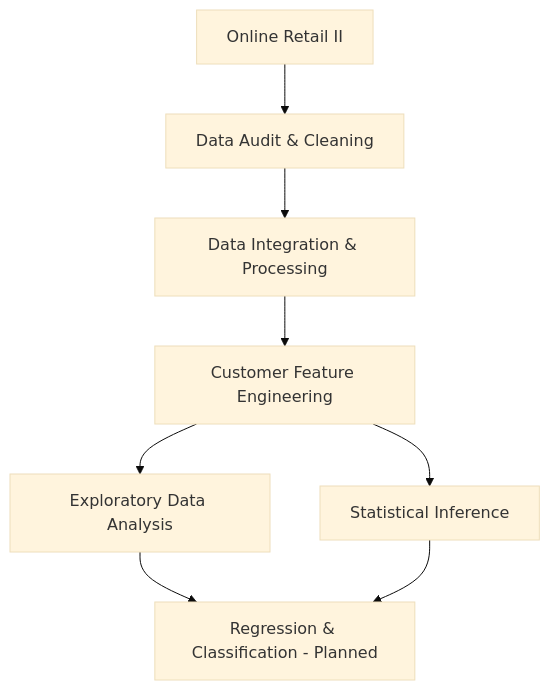
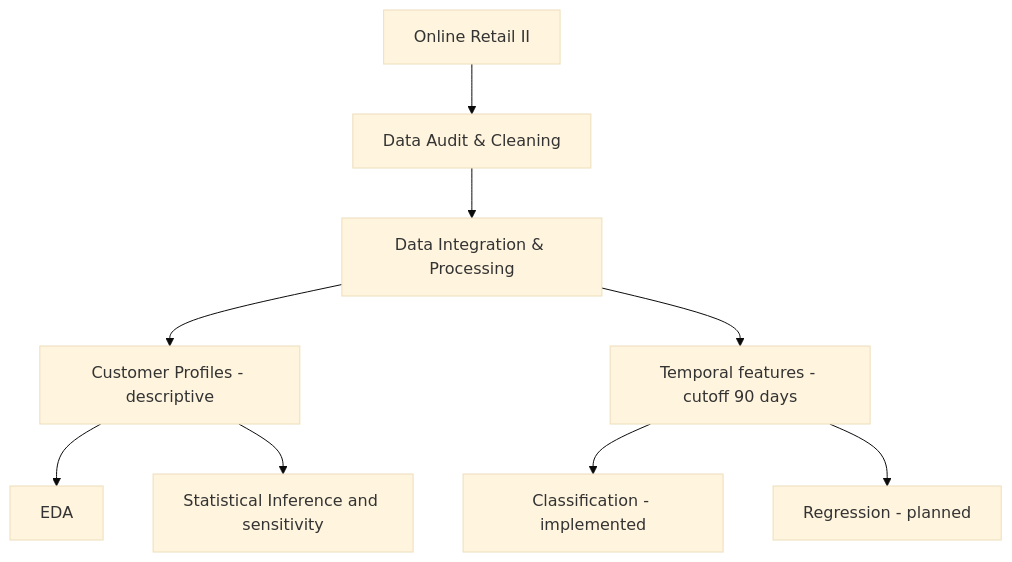
The diagram in README.md (huybel2012/ecommerce-behavior-analysis), drawn with Mermaid (base theme) before and after one commit. The commit also changed other lines of this file and 11 other files, not shown here.

````diff
--- a/README.md
+++ b/README.md
@@ -56,10 +56,11 @@
 ```mermaid
 flowchart TD
     A[Online Retail II] --> B[Data Audit & Cleaning]
     B --> C[Data Integration & Processing]
-    C --> D[Customer Feature Engineering]
-    D --> E[Exploratory Data Analysis]
-    D --> F[Statistical Inference]
-    E --> G[Regression & Classification - Planned]
-    F --> G
+    C --> D[Customer Profiles - descriptive]
+    D --> E[EDA]
+    D --> F[Statistical Inference and sensitivity]
+    C --> T[Temporal features - cutoff 90 days]
+    T --> G[Classification - implemented]
+    T --> H[Regression - planned]
 ```
````
